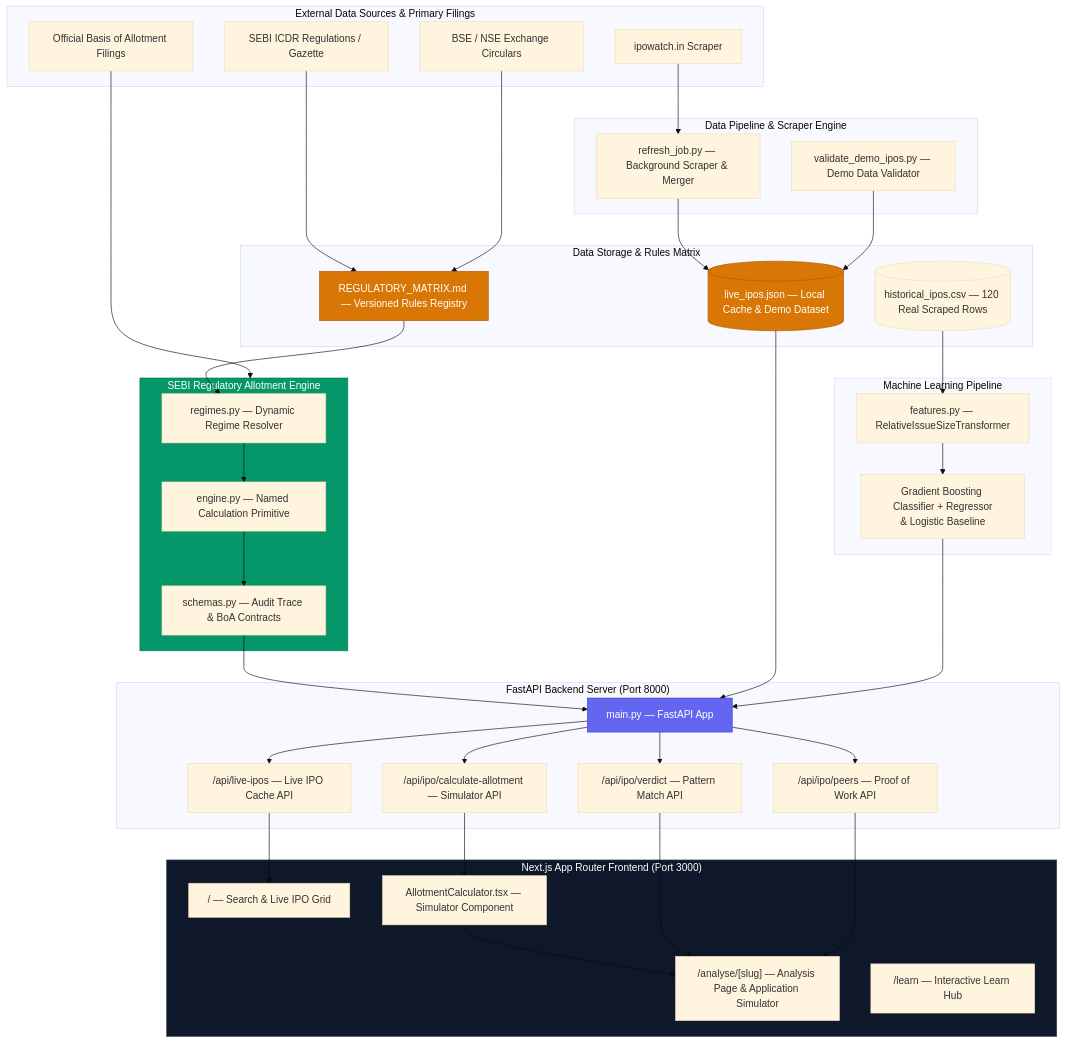
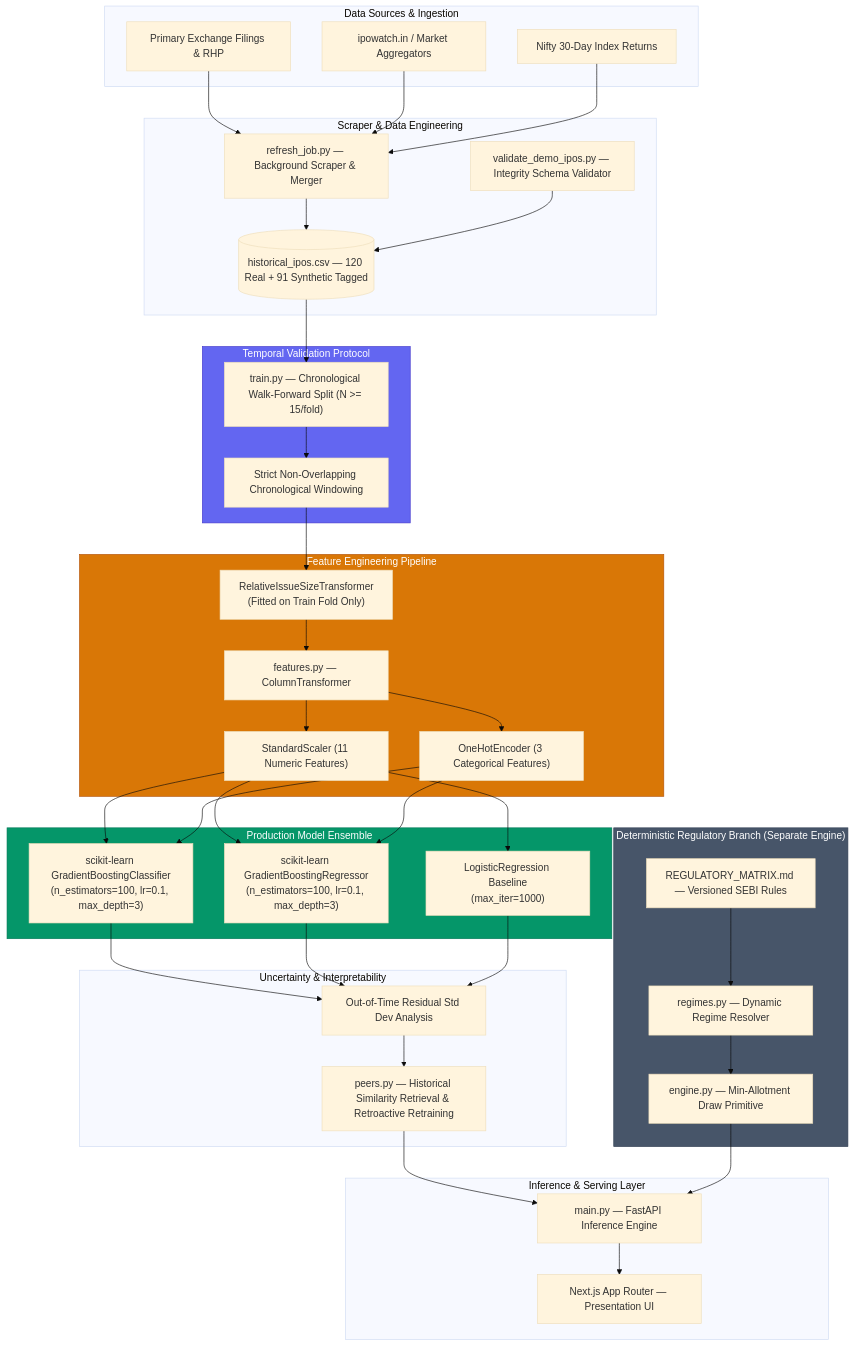
One commit to russel-gandhi/ipo-ai-engine changed the diagram in README.md. Above: the diagram before and after it, drawn with Mermaid (base theme). The commit also changed other lines of this file and 1 other file, not shown here.

Commit message:
docs(readme): restructure README.md to present IPO-AI Engine as an end-to-end temporal ML engineering system

````diff
--- a/README.md
+++ b/README.md
@@ -34,82 +56,83 @@
 ```mermaid
 flowchart TD
-    subgraph SOURCES["External Data Sources & Primary Filings"]
-        SEBI["SEBI ICDR Regulations / Gazette"]
-        BSE_NSE["BSE / NSE Exchange Circulars"]
-        SCRAPE["ipowatch.in Scraper"]
-        BOA["Official Basis of Allotment Filings"]
+    subgraph SOURCES["Data Sources & Ingestion"]
+        P1["Primary Exchange Filings & RHP"]
+        P2["ipowatch.in / Market Aggregators"]
+        P3["Nifty 30-Day Index Returns"]
     end
 
-    subgraph INGESTION["Data Pipeline & Scraper Engine"]
-        JOB["refresh_job.py — Background Scraper & Merger"]
-        VAL["validate_demo_ipos.py — Demo Data Validator"]
+    subgraph PIPELINE["Scraper & Data Engineering"]
+        SCRAPE["refresh_job.py — Background Scraper & Merger"]
+        VAL["validate_demo_ipos.py — Integrity Schema Validator"]
+        RAW_DB[("historical_ipos.csv — 120 Real + 91 Synthetic Tagged")]
     end
 
-    subgraph STORAGE["Data Storage & Rules Matrix"]
-        CACHE[("live_ipos.json — Local Cache & Demo Dataset")]
-        HIST[("historical_ipos.csv — 120 Real Scraped Rows")]
-        MATRIX["REGULATORY_MATRIX.md — Versioned Rules Registry"]
+    subgraph FEATURE_ENG["Feature Engineering Pipeline"]
+        PRE["features.py — ColumnTransformer"]
+        REL["RelativeIssueSizeTransformer\n(Fitted on Train Fold Only)"]
+        NUM["StandardScaler (11 Numeric Features)"]
+        CAT["OneHotEncoder (3 Categorical Features)"]
     end
 
-    subgraph ENGINE["SEBI Regulatory Allotment Engine"]
-        REGIMES["regimes.py — Dynamic Regime Resolver"]
-        PRIMITIVES["engine.py — Named Calculation Primitive"]
-        SCHEMAS["schemas.py — Audit Trace & BoA Contracts"]
+    subgraph EVALUATION["Temporal Validation Protocol"]
+        WF["train.py — Chronological Walk-Forward Split (N >= 15/fold)"]
+        NO_LEAK["Strict Non-Overlapping Chronological Windowing"]
     end
 
-    subgraph ML["Machine Learning Pipeline"]
-        FEAT["features.py — RelativeIssueSizeTransformer"]
-        ENSEMBLE["Gradient Boosting Classifier + Regressor<br/>& Logistic Baseline"]
+    subgraph MODELS["Production Model Ensemble"]
+        GB_CLF["scikit-learn GradientBoostingClassifier\n(n_estimators=100, lr=0.1, max_depth=3)"]
+        GB_REG["scikit-learn GradientBoostingRegressor\n(n_estimators=100, lr=0.1, max_depth=3)"]
+        LOG_BASE["LogisticRegression Baseline\n(max_iter=1000)"]
     end
 
-    subgraph API["FastAPI Backend Server (Port 8000)"]
-        FASTAPI["main.py — FastAPI App"]
-        EP1["/api/ipo/calculate-allotment — Simulator API"]
-        EP2["/api/ipo/verdict — Pattern Match API"]
-        EP3["/api/ipo/peers — Proof of Work API"]
-        EP4["/api/live-ipos — Live IPO Cache API"]
+    subgraph UNCERTAINTY["Uncertainty & Interpretability"]
+        RES["Out-of-Time Residual Std Dev Analysis"]
+        PEERS["peers.py — Historical Similarity Retrieval & Retroactive Retraining"]
     end
 
-    subgraph FRONTEND["Next.js App Router Frontend (Port 3000)"]
-        P1["/ — Search & Live IPO Grid"]
-        P2["/analyse/[slug] — Analysis Page & Application Simulator"]
-        P3["/learn — Interactive Learn Hub"]
-      FUNC1["AllotmentCalculator.tsx — Simulator Component"]
+    subgraph SERVING["Inference & Serving Layer"]
+        API["main.py — FastAPI Inference Engine"]
+        FE["Next.js App Router — Presentation UI"]
     end
 
-    SEBI --> MATRIX
-    BSE_NSE --> MATRIX
-    SCRAPE --> JOB
-    BOA --> ENGINE
+    subgraph REGULATORY_BRANCH["Deterministic Regulatory Branch (Separate Engine)"]
+        MATRIX["REGULATORY_MATRIX.md — Versioned SEBI Rules"]
+        REGIMES["regimes.py — Dynamic Regime Resolver"]
+        PRIMITIVES["engine.py — Min-Allotment Draw Primitive"]
+    end
 
-    JOB --> CACHE
-    VAL --> CACHE
+    P1 --> SCRAPE
+    P2 --> SCRAPE
+    P3 --> SCRAPE
 
-    HIST --> FEAT
-    FEAT --> ENSEMBLE
+    SCRAPE --> RAW_DB
+    VAL --> RAW_DB
 
-    MATRIX --> REGIMES
-    REGIMES --> PRIMITIVES
-    PRIMITIVES --> SCHEMAS
-    SCHEMAS --> FASTAPI
+    RAW_DB --> WF
+    WF --> NO_LEAK
+    NO_LEAK --> REL
+    REL --> PRE
+    PRE --> NUM
+    PRE --> CAT
 
-    CACHE --> FASTAPI
-    ENSEMBLE --> FASTAPI
+    NUM --> GB_CLF
+    NUM --> GB_REG
+    CAT --> GB_CLF
+    CAT --> GB_REG
+    NUM --> LOG_BASE
 
-    FASTAPI --> EP1
-    FASTAPI --> EP2
-    FASTAPI --> EP3
-    FASTAPI --> EP4
+    GB_CLF --> RES
+    GB_REG --> RES
+    LOG_BASE --> RES
 
-    EP1 --> FUNC1
-    FUNC1 --> P2
-    EP2 --> P2
-    EP3 --> P2
-    EP4 --> P1
+    RES --> PEERS
+    PEERS --> API
+    API --> FE
 
-    style FASTAPI fill:#6366f1,stroke:#4338ca,color:#fff
-    style ENGINE fill:#059669,stroke:#047857,color:#fff
-    style MATRIX fill:#d97706,stroke:#b45309,color:#fff
-    style CACHE fill:#d97706,stroke:#b45309,color:#fff
-    style FRONTEND fill:#0f172a,stroke:#334155,color:#fff
+    MATRIX --> REGIMES --> PRIMITIVES --> API
+
+    style MODELS fill:#059669,stroke:#047857,color:#fff
+    style EVALUATION fill:#6366f1,stroke:#4338ca,color:#fff
+    style FEATURE_ENG fill:#d97706,stroke:#b45309,color:#fff
+    style REGULATORY_BRANCH fill:#475569,stroke:#334155,color:#fff
 ```
````
